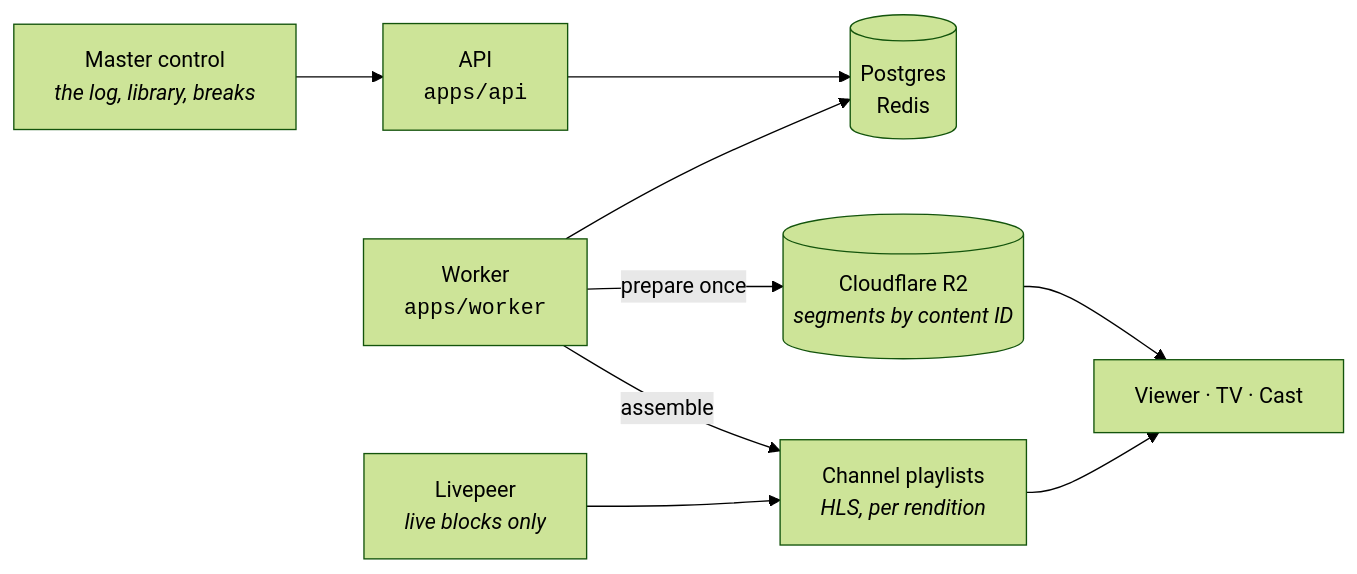
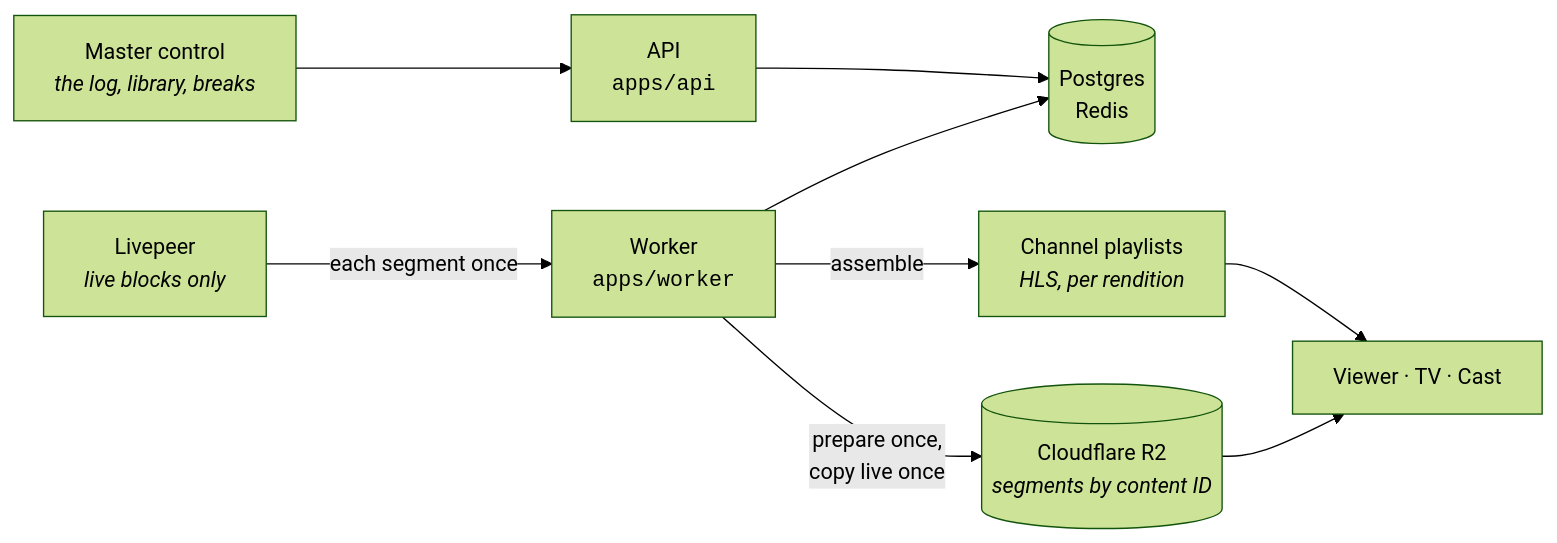
One commit to KyngKai909/opencast changed the first of 6 diagrams in README.md. Above: the diagram before and after it, drawn with Mermaid (forest theme). The commit also changed other lines of this file and 22 other files, not shown here.

Commit message:
Live blocks from our own storage: the leading worker copies each Livepeer segment once into R2 and the channel's playlists point at the copies, so live costs a flat ~$0.48 an hour whatever the audience, and a live block can be rewound within the pause window

````diff
--- a/README.md
+++ b/README.md
@@ -32,11 +32,11 @@
 ```mermaid
 flowchart LR
   MC["Master control<br/><i>the log, library, breaks</i>"] --> API["API<br/><code>apps/api</code>"]
   API --> DB[("Postgres<br/>Redis")]
   W["Worker<br/><code>apps/worker</code>"] --> DB
-  W -->|"prepare once"| R2[("Cloudflare R2<br/><i>segments by content ID</i>")]
+  W -->|"prepare once,<br/>copy live once"| R2[("Cloudflare R2<br/><i>segments by content ID</i>")]
   W -->|"assemble"| PL["Channel playlists<br/><i>HLS, per rendition</i>"]
   PL --> V["Viewer · TV · Cast"]
   R2 --> V
-  LP["Livepeer<br/><i>live blocks only</i>"] --> PL
+  LP["Livepeer<br/><i>live blocks only</i>"] -->|"each segment once"| W
 ```
````
